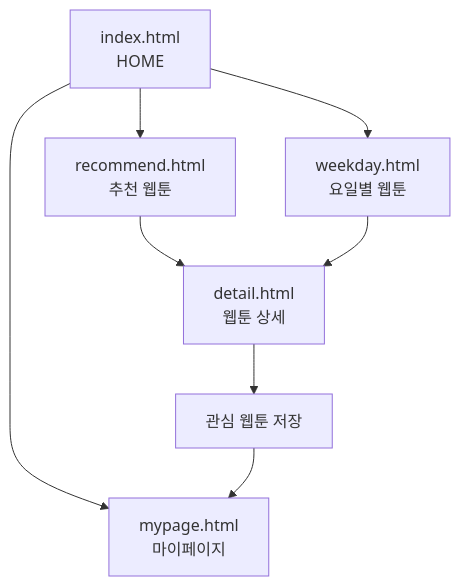
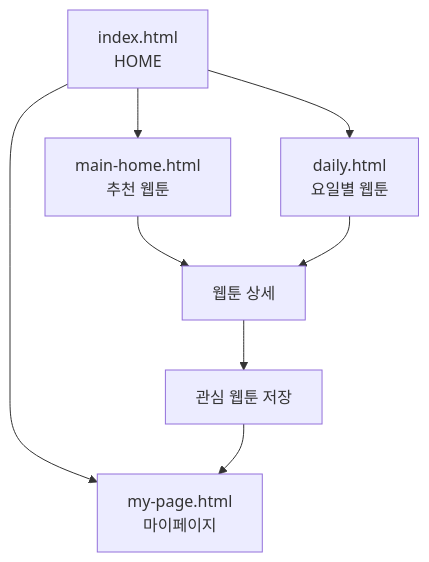
The second of 7 diagrams in README.md (yujj9705/naver-webtoon), drawn with Mermaid before and after one commit. The commit also changed other lines of this file, not shown here.

````diff
--- a/README.md
+++ b/README.md
@@ -64,15 +61,15 @@
 ```mermaid
 flowchart TD
 
     A[index.html<br/>HOME]
 
-    A --> B[recommend.html<br/>추천 웹툰]
-    A --> C[weekday.html<br/>요일별 웹툰]
-    A --> D[mypage.html<br/>마이페이지]
+    A --> B[main-home.html<br/>추천 웹툰]
+    A --> C[daily.html<br/>요일별 웹툰]
+    A --> D[my-page.html<br/>마이페이지]
 
-    B --> E[detail.html<br/>웹툰 상세]
+    B --> E[웹툰 상세]
     C --> E
 
     E --> F[관심 웹툰 저장]
     F --> D
 ```
````
